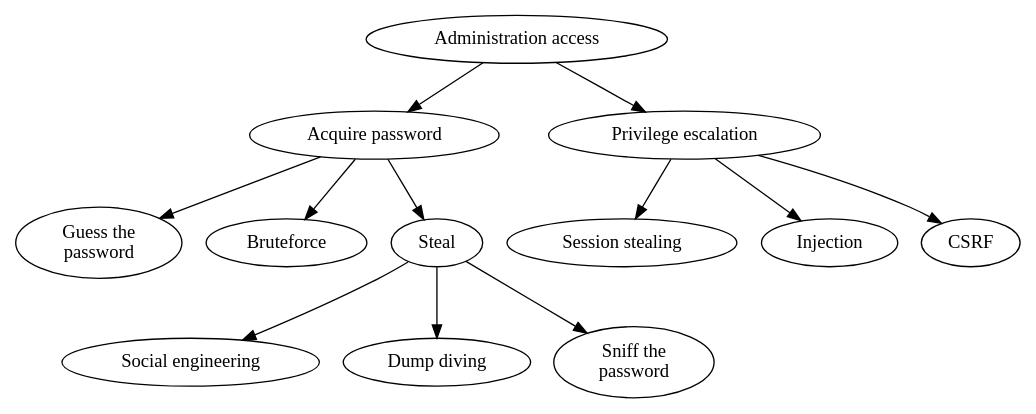
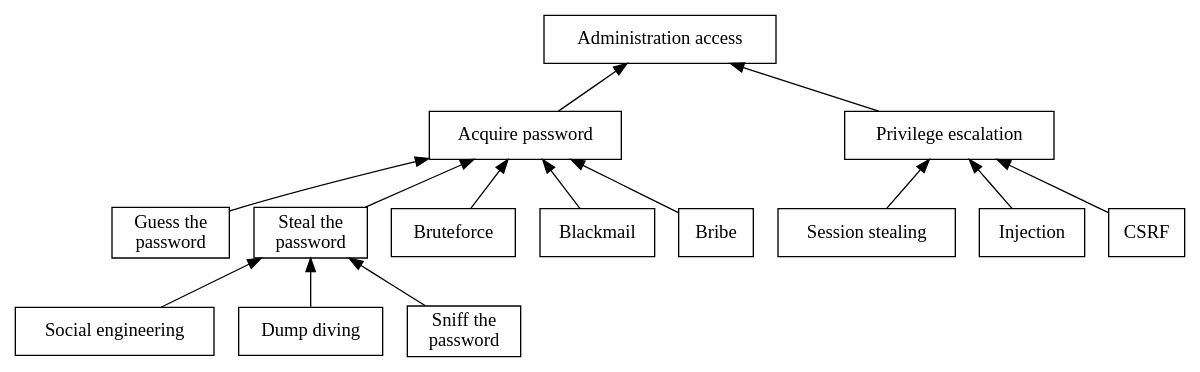
The diagram in presentation/slides/img/attack-tree-admin.dot (froland/semisecu), drawn with Graphviz before and after one commit. The commit also changed 4 other files, not shown here.

```diff
--- a/presentation/slides/img/attack-tree-admin.dot
+++ b/presentation/slides/img/attack-tree-admin.dot
@@ -1,18 +1,20 @@
 digraph AttackAdmin {
 	rankdir = TB
-	dir = back
+	node [ shape = box ]
+	edge [ dir = back ]
 
 	Admin [ label = "Administration access" ]
 	Password [ label = "Acquire password" ]
 	Privilege [ label = "Privilege escalation" ]
 	Guess [ label = "Guess the\npassword" ]
+	Steal [ label = "Steal the\npassword" ]
 	SocialEngineering [ label = "Social engineering" ]
 	Garbage [ label = "Dump diving" ]
 	SessionStealing [ label = "Session stealing" ]
 	Sniff [ label = "Sniff the\npassword" ]
 
 	Admin -> { Password Privilege }
-	Password -> { Bruteforce Guess Steal }
+	Password -> { Bruteforce Guess Steal Blackmail Bribe }
 	Steal -> { SocialEngineering Garbage Sniff }
 	Privilege -> { Injection CSRF SessionStealing }
 }
```
